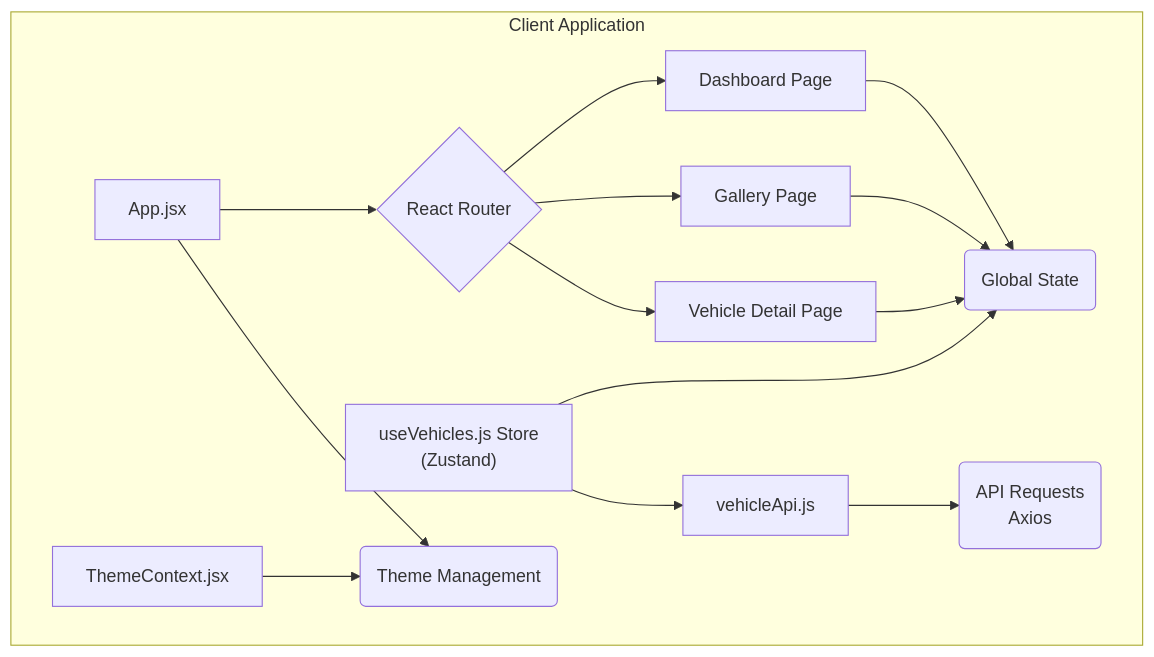
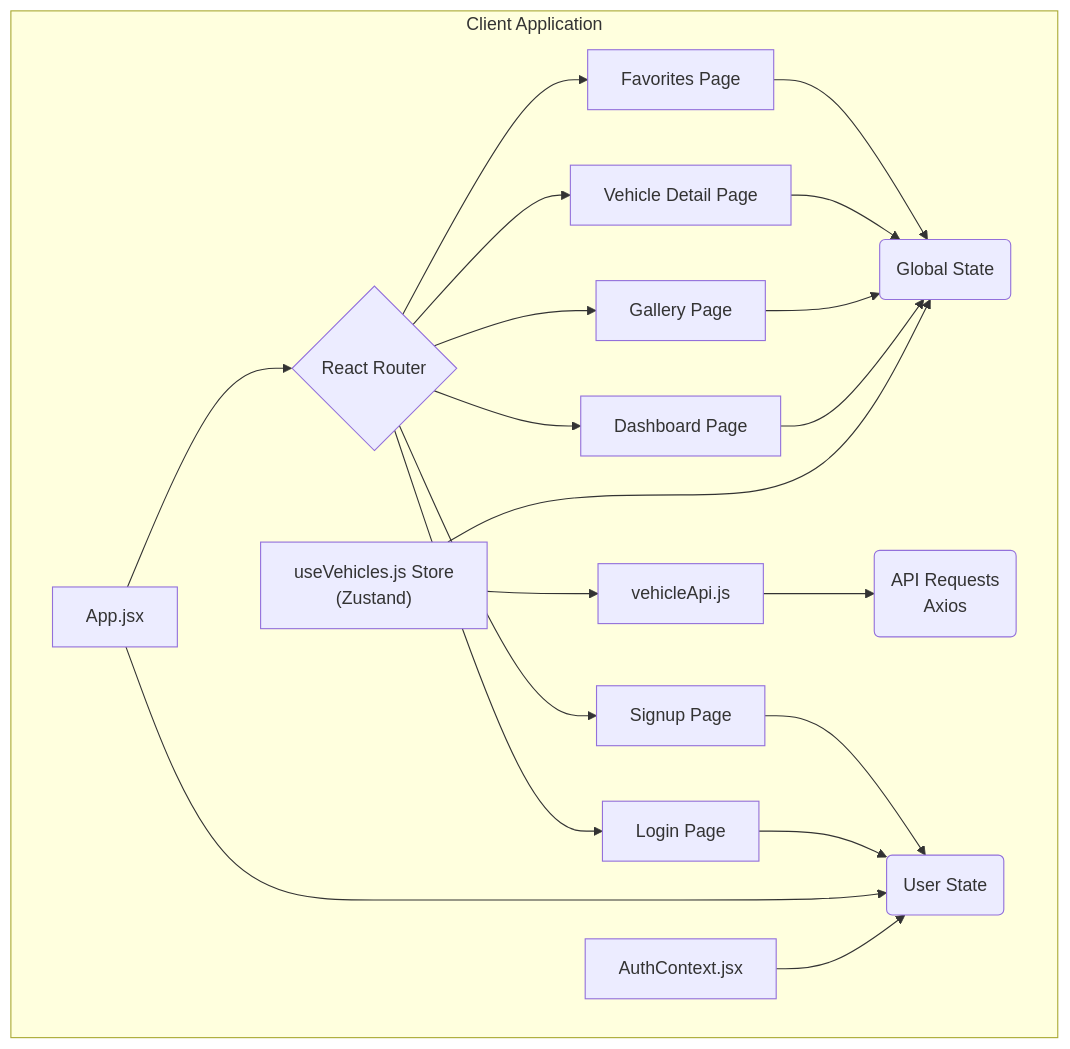
One commit to alokkumar-projects/wex-automotive changed the first of 4 diagrams in README.md. Above: the diagram before and after it, drawn with Mermaid. The commit also changed other lines of this file, not shown here.

Commit message:
docs(readme): added the login/signup journey for users in readme

````diff
--- a/README.md
+++ b/README.md
@@ -67,17 +34,26 @@
 ```mermaid
 graph TD;
     subgraph Client Application
         A[App.jsx] --> B{React Router};
         B --> C[Dashboard Page];
         B --> D[Gallery Page];
         B --> E[Vehicle Detail Page];
+        B --> L[Login Page];
+        B --> M[Signup Page];
+        B --> N[Favorites Page];
+
         F["useVehicles.js Store <br/>(Zustand)"] --> G(Global State);
         C --> G;
         D --> G;
         E --> G;
+        N --> G;
+
         H[vehicleApi.js] --> I("API Requests <br/> Axios");
         F --> H;
-        J[ThemeContext.jsx] --> K(Theme Management);
+
+        J[AuthContext.jsx] --> K(User State);
         A --> K;
+        L --> K;
+        M --> K;
     end
 ```
````
